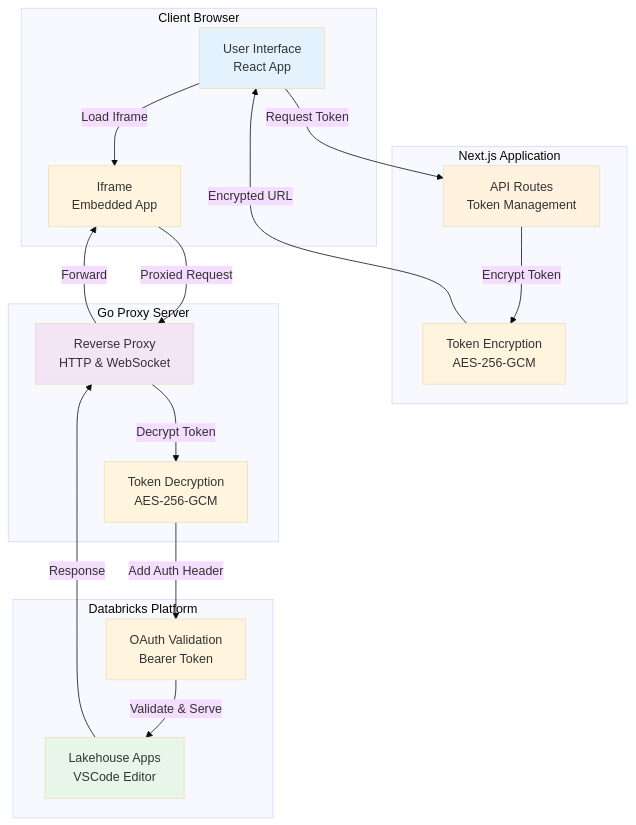
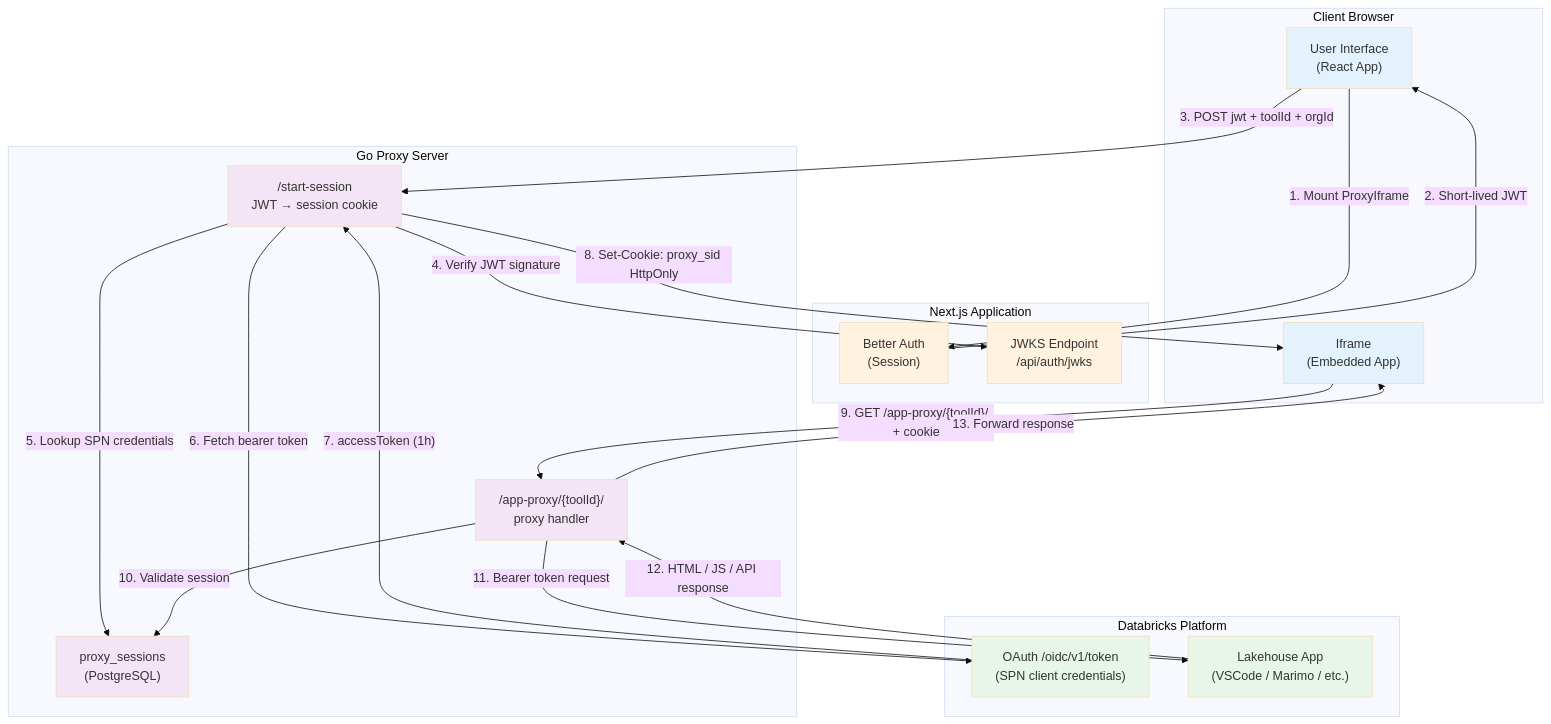
The diagram in public/architecture/lakehouse-apps-proxy/00-simplified-overview.mermaid (databrickslabs/firefly), drawn with Mermaid (base theme) before and after one commit. The commit also changed 4 other files, not shown here.

First line of the commit message:
Update proxy docs to session-cookie architecture (#57)

```diff
--- a/public/architecture/lakehouse-apps-proxy/00-simplified-overview.mermaid
+++ b/public/architecture/lakehouse-apps-proxy/00-simplified-overview.mermaid
@@ -1,36 +1,45 @@
 graph TB
-    subgraph "Client Browser"
-        UI[User Interface<br/>React App]
-        IF[Iframe<br/>Embedded App]
+    subgraph Browser ["Client Browser"]
+        UI["User Interface<br/>(React App)"]
+        IF["Iframe<br/>(Embedded App)"]
     end
 
-    subgraph "Next.js Application"
-        API[API Routes<br/>Token Management]
-        ENC[Token Encryption<br/>AES-256-GCM]
+    subgraph NextJS ["Next.js Application"]
+        AUTH["Better Auth<br/>(Session)"]
+        JWKS["JWKS Endpoint<br/>/api/auth/jwks"]
     end
 
-    subgraph "Go Proxy Server"
-        PROXY[Reverse Proxy<br/>HTTP & WebSocket]
-        DEC[Token Decryption<br/>AES-256-GCM]
+    subgraph GoProxy ["Go Proxy Server"]
+        SS["/start-session<br/>JWT → session cookie"]
+        PR["/app-proxy/{toolId}/<br/>proxy handler"]
+        DB["proxy_sessions<br/>(PostgreSQL)"]
     end
 
-    subgraph "Databricks Platform"
-        APP[Lakehouse Apps<br/>VSCode Editor]
-        AUTH[OAuth Validation<br/>Bearer Token]
+    subgraph Databricks ["Databricks Platform"]
+        SPN["OAuth /oidc/v1/token<br/>(SPN client credentials)"]
+        APP["Lakehouse App<br/>(VSCode / Marimo / etc.)"]
     end
 
-    UI -->|Request Token| API
-    API -->|Encrypt Token| ENC
-    ENC -->|Encrypted URL| UI
-    UI -->|Load Iframe| IF
-    IF -->|Proxied Request| PROXY
-    PROXY -->|Decrypt Token| DEC
-    DEC -->|Add Auth Header| AUTH
-    AUTH -->|Validate & Serve| APP
-    APP -->|Response| PROXY
-    PROXY -->|Forward| IF
+    UI -->|"1. Mount ProxyIframe"| AUTH
+    AUTH -->|"2. Short-lived JWT"| UI
+    UI -->|"3. POST jwt + toolId + orgId"| SS
+    SS -->|"4. Verify JWT signature"| JWKS
+    SS -->|"5. Lookup SPN credentials"| DB
+    SS -->|"6. Fetch bearer token"| SPN
+    SPN -->|"7. accessToken (1h)"| SS
+    SS -->|"8. Set-Cookie: proxy_sid HttpOnly"| IF
+    IF -->|"9. GET /app-proxy/{toolId}/ + cookie"| PR
+    PR -->|"10. Validate session"| DB
+    PR -->|"11. Bearer token request"| APP
+    APP -->|"12. HTML / JS / API response"| PR
+    PR -->|"13. Forward response"| IF
 
     style UI fill:#e3f2fd
-    style API fill:#fff3e0
-    style PROXY fill:#f3e5f5
+    style IF fill:#e3f2fd
+    style AUTH fill:#fff3e0
+    style JWKS fill:#fff3e0
+    style SS fill:#f3e5f5
+    style PR fill:#f3e5f5
+    style DB fill:#f3e5f5
+    style SPN fill:#e8f5e9
     style APP fill:#e8f5e9
```
